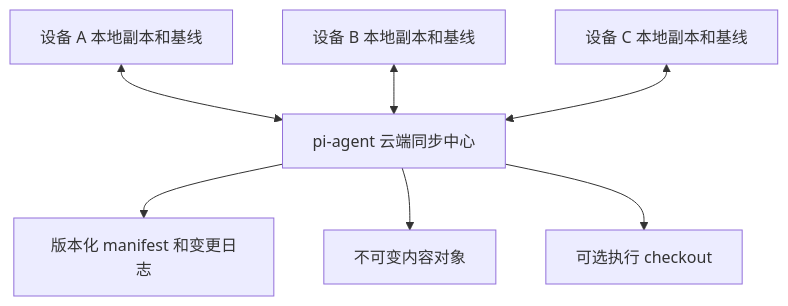
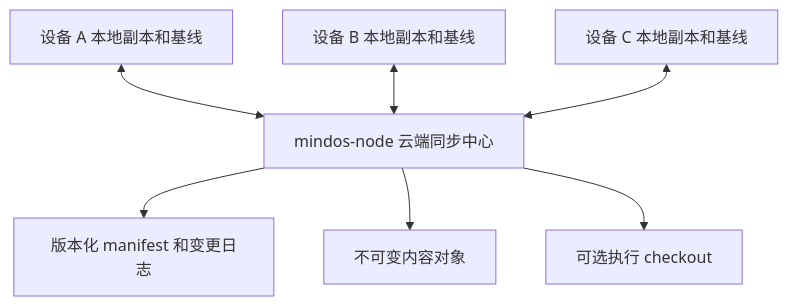
The first of 6 diagrams in doc/design/project-sync.md (mushuanli/NestOS), drawn with Mermaid before and after one commit. The commit also changed other lines of this file and 113 other files, not shown here.

Commit message:
refactor(mindos-node): migrate service and client naming across workspaces

````diff
--- a/doc/design/project-sync.md
+++ b/doc/design/project-sync.md
@@ -54,9 +54,9 @@
 ```mermaid
 flowchart TD
-    A[设备 A 本地副本和基线] <--> S[pi-agent 云端同步中心]
+    A[设备 A 本地副本和基线] <--> S[mindos-node 云端同步中心]
     B[设备 B 本地副本和基线] <--> S
     C[设备 C 本地副本和基线] <--> S
     S --> H[版本化 manifest 和变更日志]
     S --> O[不可变内容对象]
     S --> E[可选执行 checkout]
 ```
````
